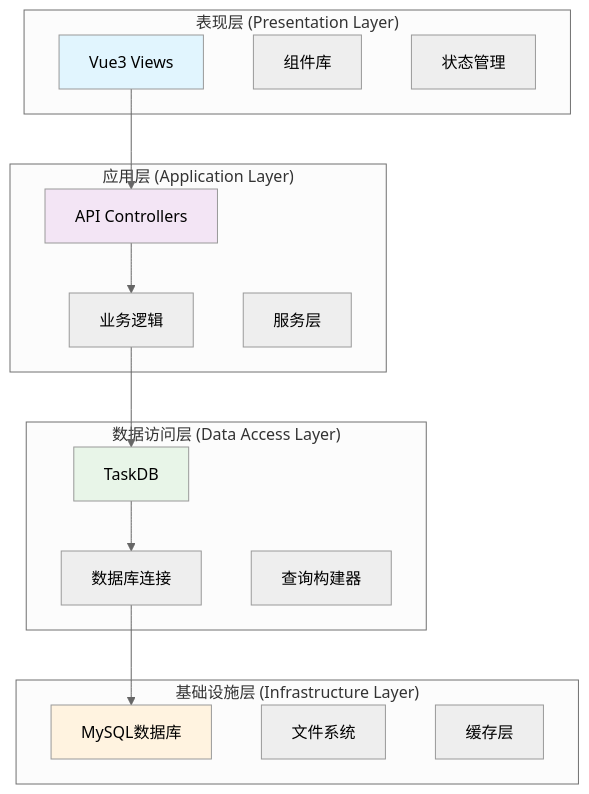
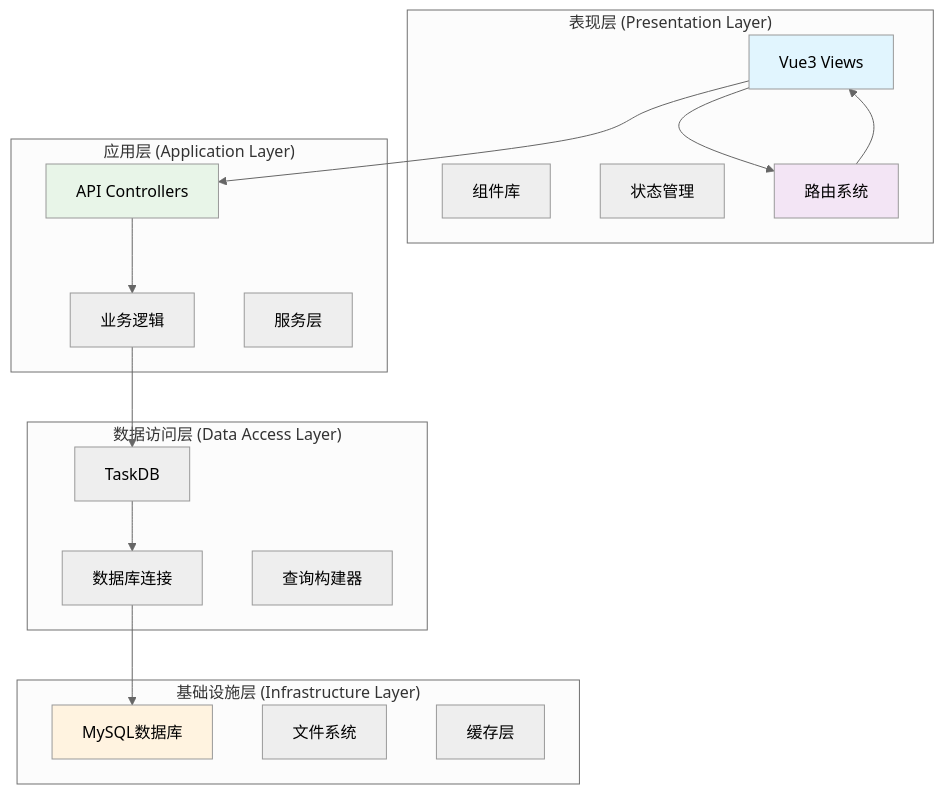
Before and after one commit to pxc12345/crawler-vue3: the second of 13 diagrams in .qoder/repowiki/zh/content/核心功能模块/任务管理系统/任务管理系统.md, drawn with Mermaid (neutral theme). The commit also changed other lines of this file and 12 other files, not shown here.

````diff
--- a/.qoder/repowiki/zh/content/核心功能模块/任务管理系统/任务管理系统.md
+++ b/.qoder/repowiki/zh/content/核心功能模块/任务管理系统/任务管理系统.md
@@ -143,32 +162,35 @@
 ```mermaid
 graph TB
 subgraph "表现层 (Presentation Layer)"
 A[Vue3 Views]
 B[组件库]
 C[状态管理]
+D[路由系统]
 end
 subgraph "应用层 (Application Layer)"
-D[API Controllers]
-E[业务逻辑]
-F[服务层]
+E[API Controllers]
+F[业务逻辑]
+G[服务层]
 end
 subgraph "数据访问层 (Data Access Layer)"
-G[TaskDB]
-H[数据库连接]
-I[查询构建器]
+H[TaskDB]
+I[数据库连接]
+J[查询构建器]
 end
 subgraph "基础设施层 (Infrastructure Layer)"
-J[MySQL数据库]
-K[文件系统]
-L[缓存层]
+K[MySQL数据库]
+L[文件系统]
+M[缓存层]
 end
 A --> D
-D --> E
-E --> G
-G --> H
-H --> J
+D --> A
+A --> E
+E --> F
+F --> H
+H --> I
+I --> K
 style A fill:#e1f5fe
 style D fill:#f3e5f5
-style G fill:#e8f5e8
-style J fill:#fff3e0
+style E fill:#e8f5e8
+style K fill:#fff3e0
 ```
````
